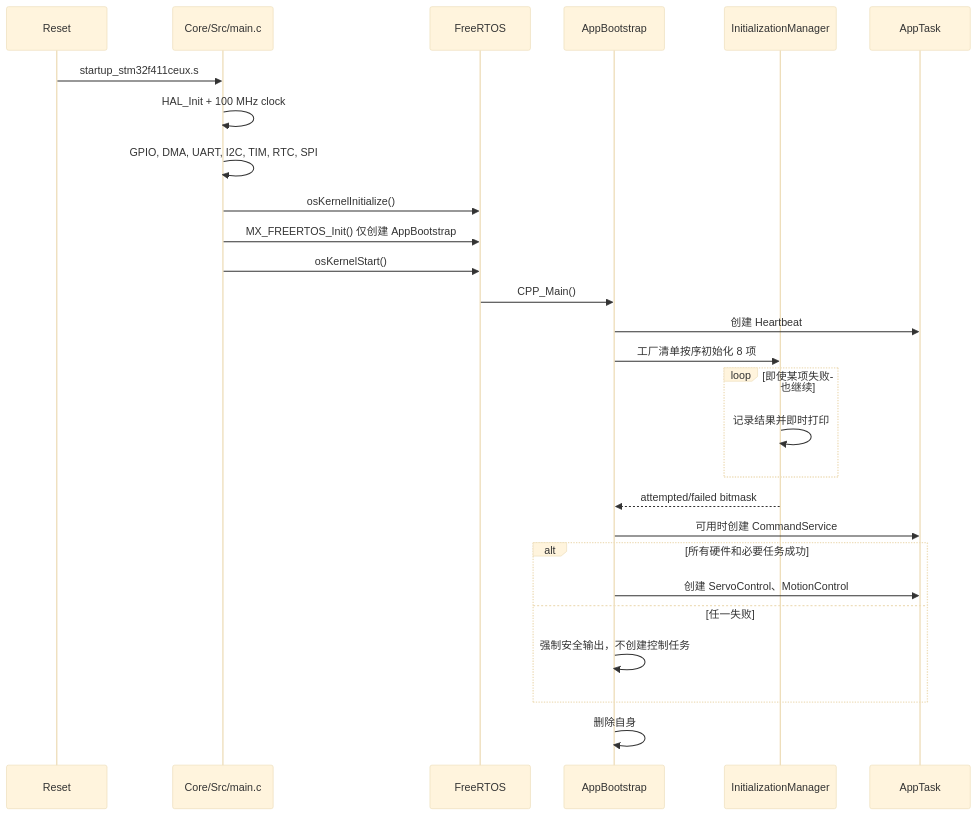
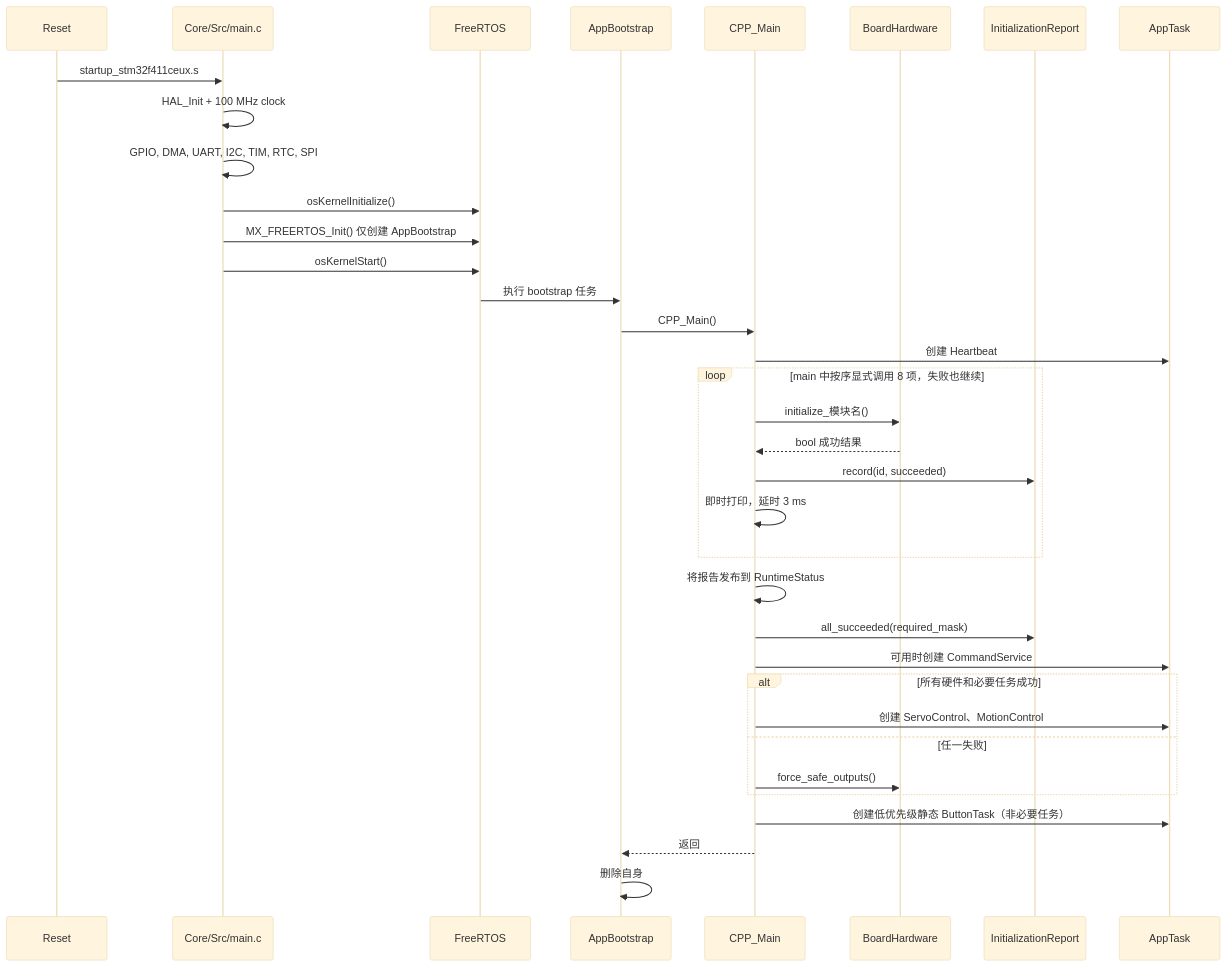
Before and after one commit to lk888l/wheeled-legged_Robot-WL1: the second of 3 diagrams in car_firmware/docs/architecture.md, drawn with Mermaid (base theme). The commit also changed other lines of this file and 65 other files, not shown here.

````diff
--- a/car_firmware/docs/architecture.md
+++ b/car_firmware/docs/architecture.md
@@ -40,30 +45,38 @@
 ```mermaid
 sequenceDiagram
     participant Reset as Reset
     participant C as Core/Src/main.c
     participant RTOS as FreeRTOS
     participant Boot as AppBootstrap
-    participant Init as InitializationManager
+    participant Main as CPP_Main
+    participant Board as BoardHardware
+    participant Report as InitializationReport
     participant Tasks as AppTask
 
     Reset->>C: startup_stm32f411ceux.s
     C->>C: HAL_Init + 100 MHz clock
     C->>C: GPIO, DMA, UART, I2C, TIM, RTC, SPI
     C->>RTOS: osKernelInitialize()
     C->>RTOS: MX_FREERTOS_Init() 仅创建 AppBootstrap
     C->>RTOS: osKernelStart()
-    RTOS->>Boot: CPP_Main()
-    Boot->>Tasks: 创建 Heartbeat
-    Boot->>Init: 工厂清单按序初始化 8 项
-    loop 即使某项失败也继续
-        Init->>Init: 记录结果并即时打印
+    RTOS->>Boot: 执行 bootstrap 任务
+    Boot->>Main: CPP_Main()
+    Main->>Tasks: 创建 Heartbeat
+    loop main 中按序显式调用 8 项，失败也继续
+        Main->>Board: initialize_模块名()
+        Board-->>Main: bool 成功结果
+        Main->>Report: record(id, succeeded)
+        Main->>Main: 即时打印，延时 3 ms
     end
-    Init-->>Boot: attempted/failed bitmask
-    Boot->>Tasks: 可用时创建 CommandService
+    Main->>Main: 将报告发布到 RuntimeStatus
+    Main->>Report: all_succeeded(required_mask)
+    Main->>Tasks: 可用时创建 CommandService
     alt 所有硬件和必要任务成功
-        Boot->>Tasks: 创建 ServoControl、MotionControl
+        Main->>Tasks: 创建 ServoControl、MotionControl
     else 任一失败
-        Boot->>Boot: 强制安全输出，不创建控制任务
+        Main->>Board: force_safe_outputs()
     end
+    Main->>Tasks: 创建低优先级静态 ButtonTask（非必要任务）
+    Main-->>Boot: 返回
     Boot->>Boot: 删除自身
 ```
````
